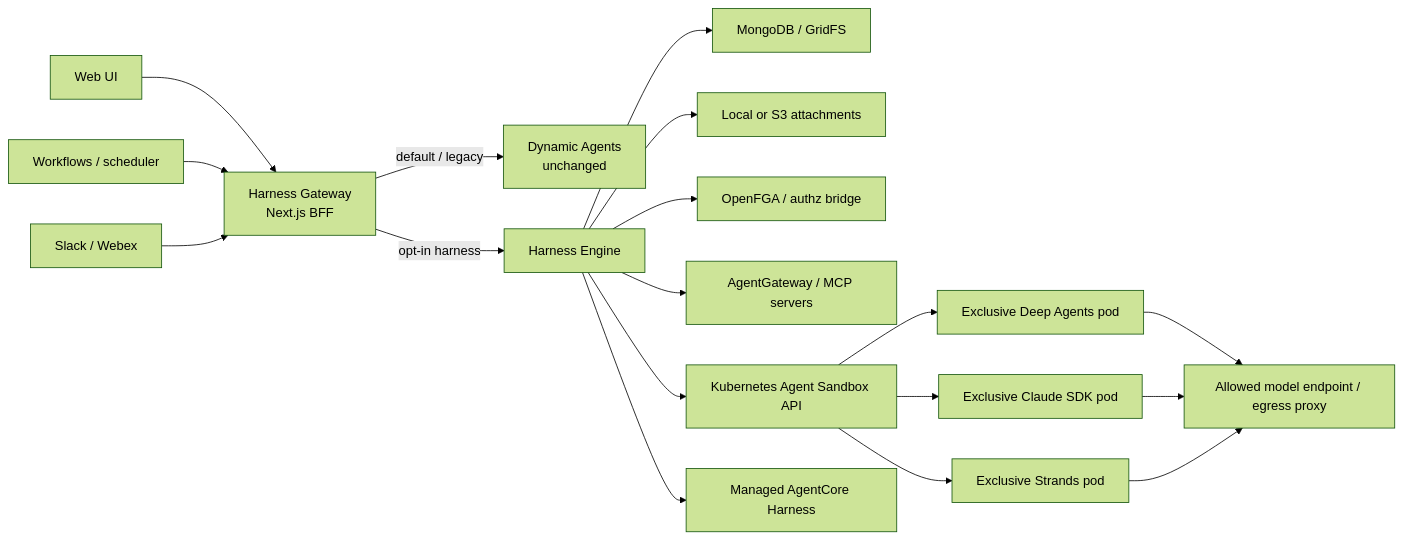
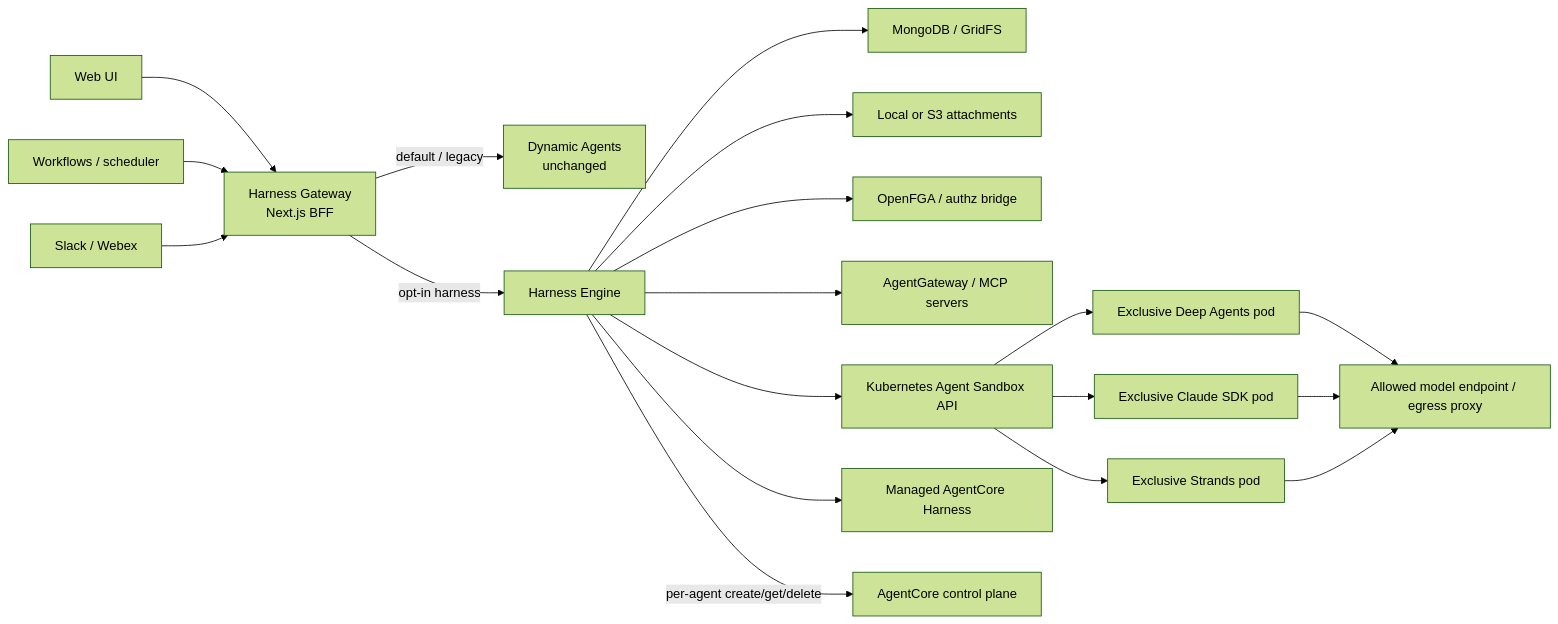
Before and after one commit to cnoe-io/ai-platform-engineering: the first of 13 diagrams in docs/docs/specs/2026-08-17-harness-engine/architecture.md, drawn with Mermaid (forest theme). The commit also changed other lines of this file and 20 other files, not shown here.

Commit message:
feat(harness-engine): provision AgentCore harness per agent

````diff
--- a/docs/docs/specs/2026-08-17-harness-engine/architecture.md
+++ b/docs/docs/specs/2026-08-17-harness-engine/architecture.md
@@ -9,20 +9,21 @@
 ```mermaid
 flowchart LR
     UI["Web UI"] --> HG["Harness Gateway\nNext.js BFF"]
     WF["Workflows / scheduler"] --> HG
     BOT["Slack / Webex"] --> HG
     HG -->|"default / legacy"| DA["Dynamic Agents\nunchanged"]
     HG -->|"opt-in harness"| HE["Harness Engine"]
     HE --> DB["MongoDB / GridFS"]
     HE --> OBJ["Local or S3 attachments"]
     HE --> FGA["OpenFGA / authz bridge"]
     HE --> GW["AgentGateway / MCP servers"]
     HE --> KAS["Kubernetes Agent Sandbox API"]
     KAS --> P1["Exclusive Deep Agents pod"]
     KAS --> P2["Exclusive Claude SDK pod"]
     KAS --> P3["Exclusive Strands pod"]
     P1 --> LLM["Allowed model endpoint / egress proxy"]
     P2 --> LLM
     P3 --> LLM
     HE --> AC["Managed AgentCore Harness"]
+    HE -->|"per-agent create/get/delete"| ACCP["AgentCore control plane"]
 ```
````
